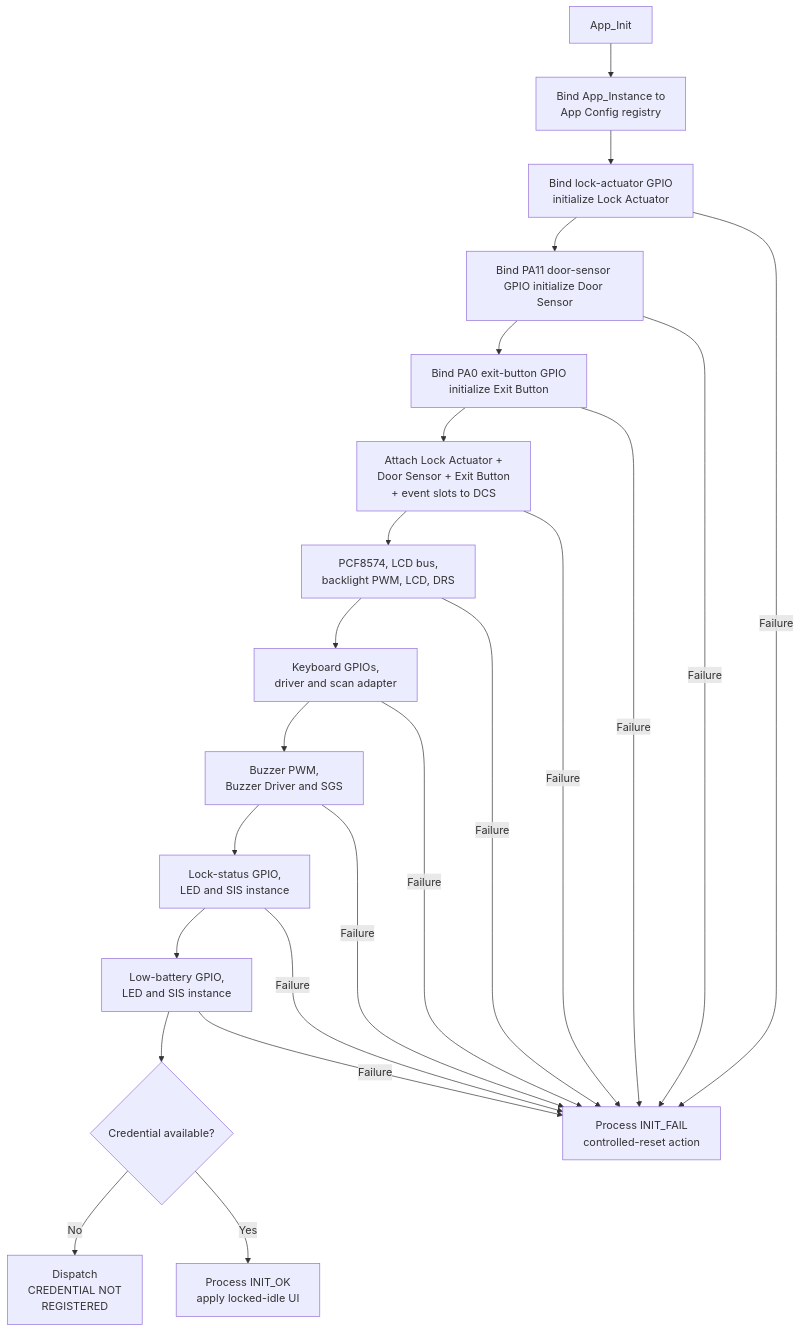
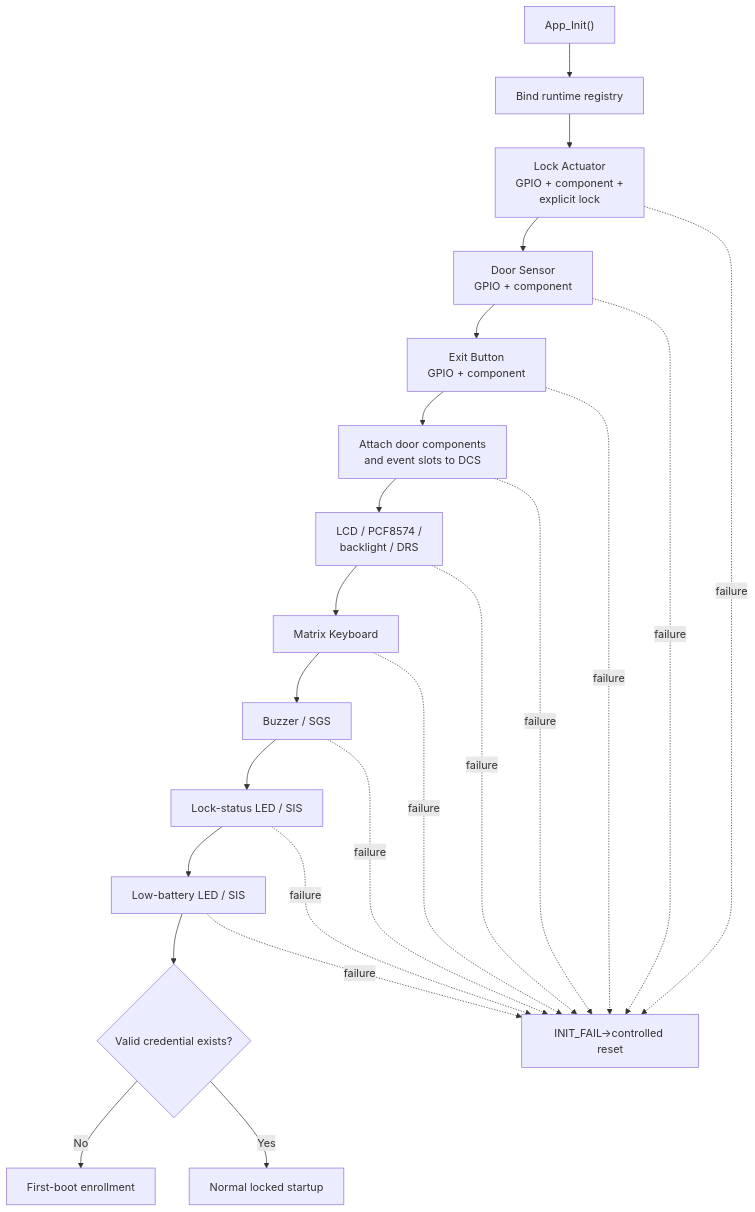
The second of 4 diagrams in App/README.md (JP-REY/STM32F103C8T6-Based-Electronic-Lock), drawn with Mermaid before and after one commit. The commit also changed other lines of this file and 22 other files, not shown here.

First line of the commit message:
docs: update project architecture and module documentation

````diff
--- a/App/README.md
+++ b/App/README.md
@@ -391,29 +343,32 @@
 ```mermaid
 flowchart TD
-    START["App_Init"] --> REG["Bind App_Instance to<br/>App Config registry"]
+    START["App_Init()"]
+    REG["Bind runtime registry"]
+    ACT["Lock Actuator<br/>GPIO + component +<br/> explicit lock"]
+    DS["Door Sensor<br/>GPIO + component"]
+    EB["Exit Button<br/>GPIO + component"]
+    DCS["Attach door components<br/>and event slots to DCS"]
+    LCD["LCD / PCF8574 / <br/>backlight / DRS"]
+    KEY["Matrix Keyboard"]
+    BUZ["Buzzer / SGS"]
+    LLED["Lock-status LED / SIS"]
+    BLED["Low-battery LED / SIS"]
+    CSS{"Valid credential exists?"}
+    FIRST["First-boot enrollment"]
+    NORMAL["Normal locked startup"]
+    FAIL["INIT_FAIL→controlled reset"]
 
-    REG --> ACT["Bind lock-actuator GPIO<br/>initialize Lock Actuator"]
-    ACT --> DOOR["Bind PA11 door-sensor <br/>GPIO initialize Door Sensor"]
-    DOOR --> EXIT["Bind PA0 exit-button GPIO<br/>initialize Exit Button"]
-    EXIT --> DCS["Attach Lock Actuator +<br/>Door Sensor + Exit Button<br/>+ event slots to DCS"]
+    START --> REG --> ACT --> DS --> EB --> DCS --> LCD --> KEY --> BUZ --> LLED --> BLED --> CSS
+    CSS -->|No| FIRST
+    CSS -->|Yes| NORMAL
 
-    DCS --> LCD["PCF8574, LCD bus,<br/>backlight PWM, LCD, DRS"]
-    LCD --> KEY["Keyboard GPIOs,<br/>driver and scan adapter"]
-    KEY --> BUZ["Buzzer PWM,<br/>Buzzer Driver and SGS"]
-    BUZ --> LOCKLED["Lock-status GPIO,<br/>LED and SIS instance"]
-    LOCKLED --> BATLED["Low-battery GPIO,<br/>LED and SIS instance"]
-
-    BATLED --> CSS{"Credential available?"}
-    CSS -->|"No"| FIRST["Dispatch<br/>CREDENTIAL NOT<br/>REGISTERED"]
-    CSS -->|"Yes"| READY["Process INIT_OK<br/>apply locked-idle UI"]
-
-    ACT -->|Failure| FAIL["Process INIT_FAIL<br/>controlled-reset action"]
-    DOOR -->|Failure| FAIL
-    EXIT -->|Failure| FAIL
-    DCS -->|Failure| FAIL
-    LCD -->|Failure| FAIL
-    KEY -->|Failure| FAIL
-    BUZ -->|Failure| FAIL
-    LOCKLED -->|Failure| FAIL
-    BATLED -->|Failure| FAIL
+    ACT -. failure .-> FAIL
+    DS -. failure .-> FAIL
+    EB -. failure .-> FAIL
+    DCS -. failure .-> FAIL
+    LCD -. failure .-> FAIL
+    KEY -. failure .-> FAIL
+    BUZ -. failure .-> FAIL
+    LLED -. failure .-> FAIL
+    BLED -. failure .-> FAIL
 ```
````
